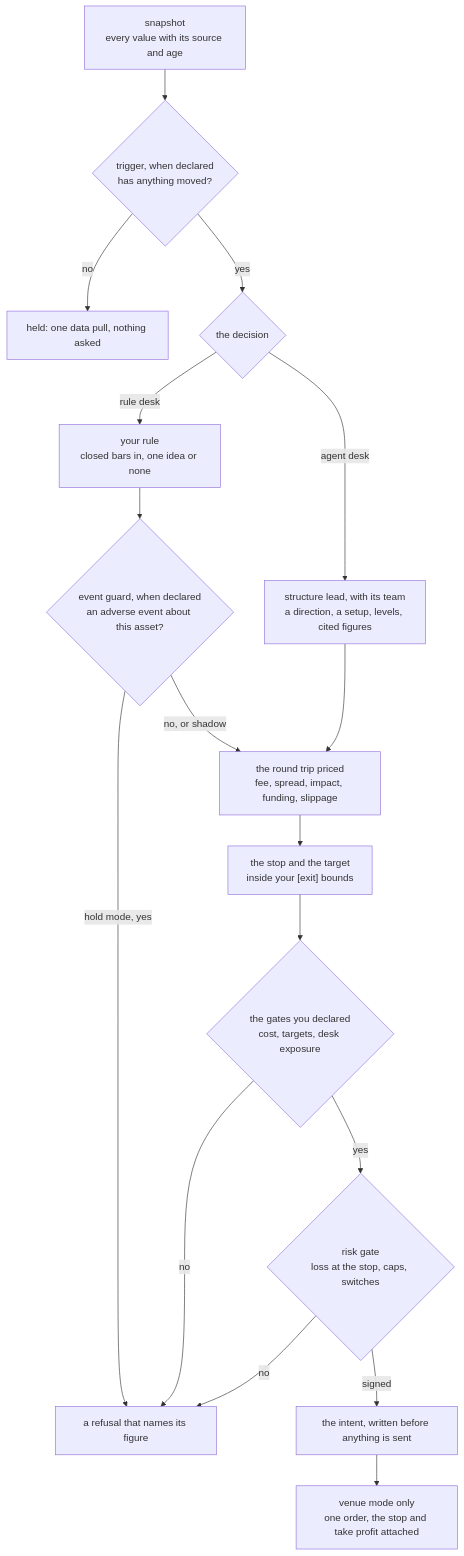
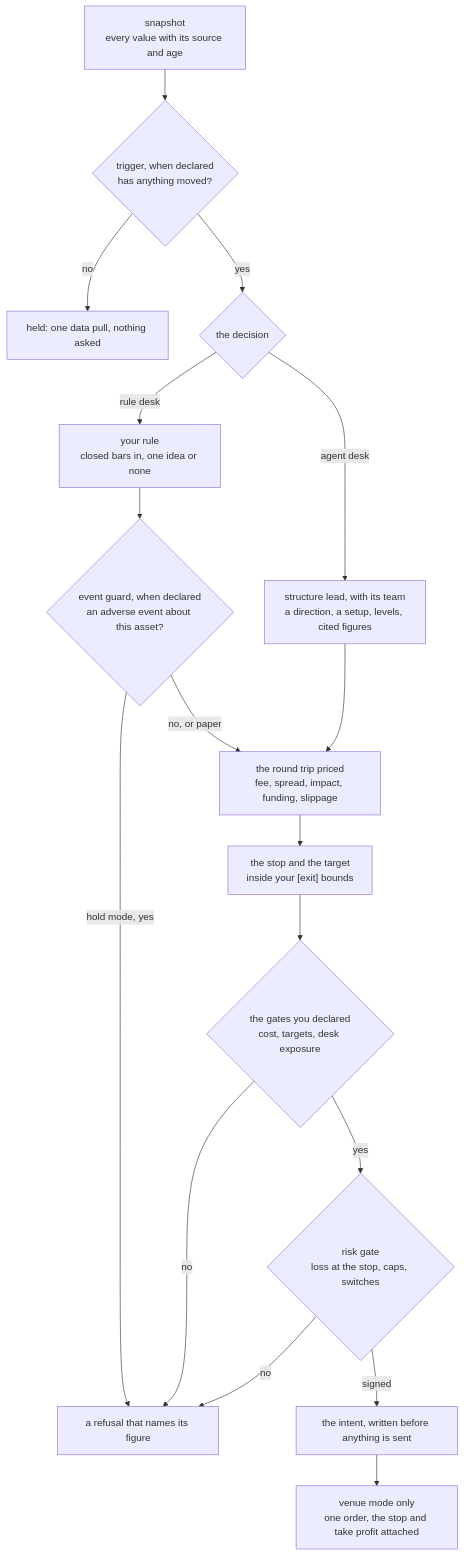
One commit to BijectiveLabs/bitra changed the second of 2 diagrams in README.md. Above: the diagram before and after it, drawn with Mermaid. The commit also changed other lines of this file and 9 other files, not shown here.

````diff
--- a/README.md
+++ b/README.md
@@ -309,19 +309,19 @@
 ```mermaid
 flowchart TD
     snap["snapshot<br/>every value with its source and age"] --> wake{"trigger, when declared<br/>has anything moved?"}
     wake -- "no" --> held["held: one data pull, nothing asked"]
     wake -- "yes" --> who{"the decision"}
     who -- "rule desk" --> rule["your rule<br/>closed bars in, one idea or none"]
     who -- "agent desk" --> lead["structure lead, with its team<br/>a direction, a setup, levels, cited figures"]
     rule --> guard{"event guard, when declared<br/>an adverse event about this asset?"}
     guard -- "hold mode, yes" --> refused["a refusal that names its figure"]
-    guard -- "no, or shadow" --> price
+    guard -- "no, or paper" --> price
     lead --> price["the round trip priced<br/>fee, spread, impact, funding, slippage"]
     price --> exits["the stop and the target<br/>inside your [exit] bounds"]
     exits --> gates{"the gates you declared<br/>cost, targets, desk exposure"}
     gates -- "no" --> refused
     gates -- "yes" --> riskgate{"risk gate<br/>loss at the stop, caps, switches"}
     riskgate -- "no" --> refused
     riskgate -- "signed" --> intent["the intent, written before anything is sent"]
     intent --> venue["venue mode only<br/>one order, the stop and take profit attached"]
 ```
````
